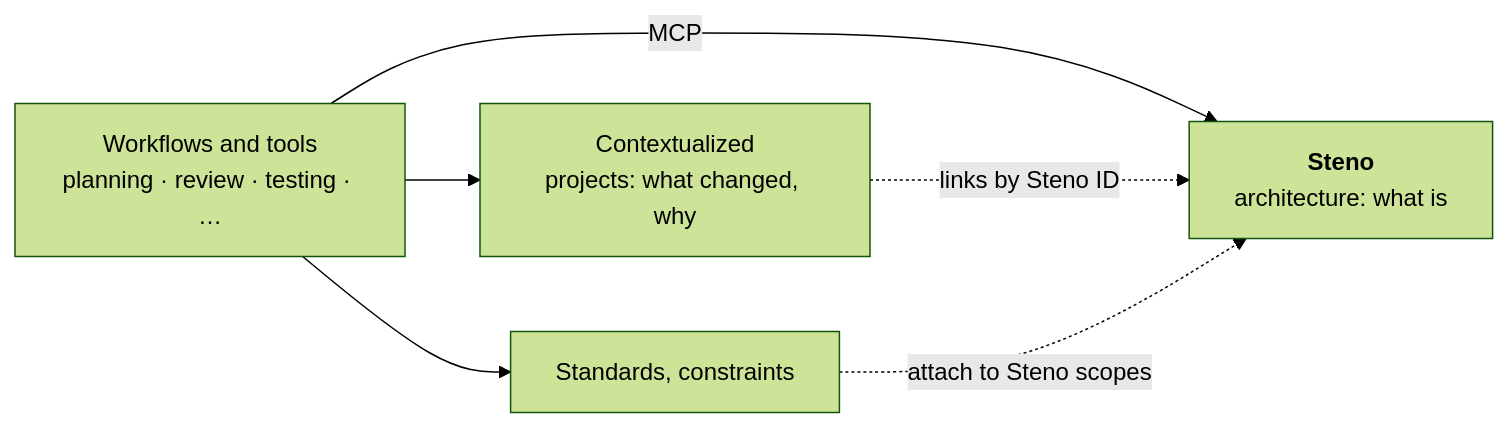
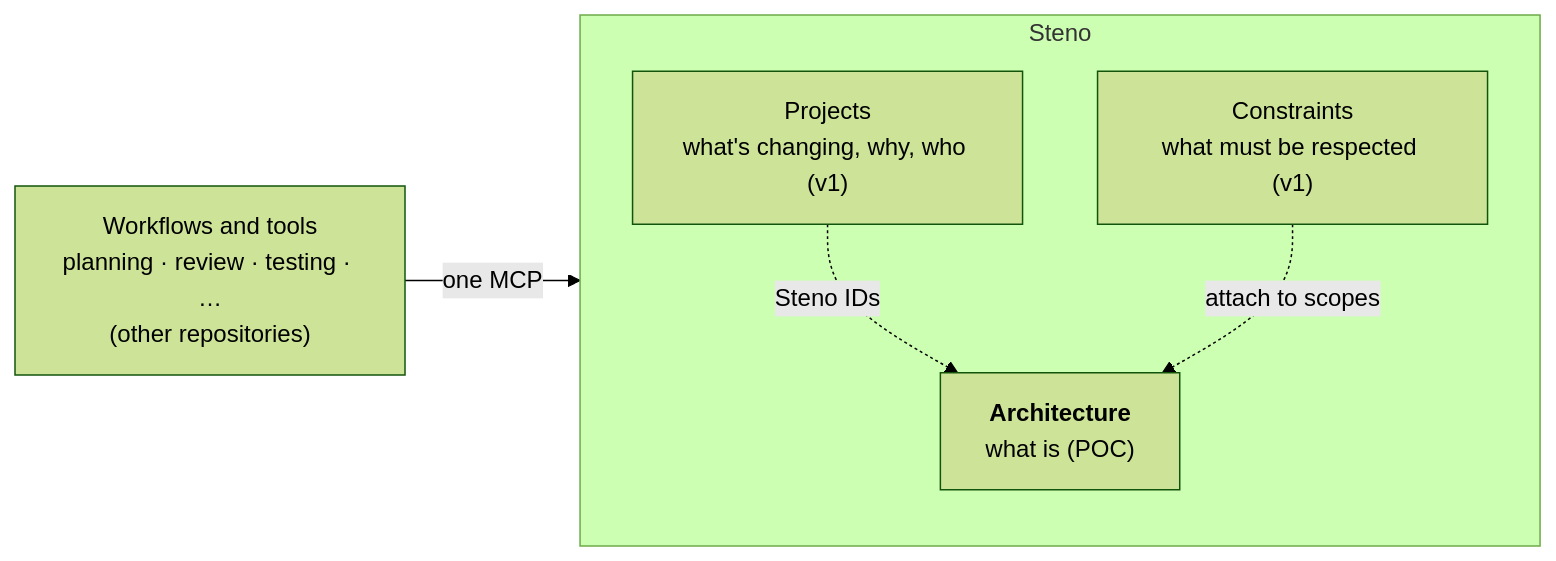
Before and after one commit to KBavis/steno: the diagram in docs/purpose/where-steno-fits.md, drawn with Mermaid (forest theme). The commit also changed other lines of this file and 17 other files, not shown here.

````diff
--- a/docs/purpose/where-steno-fits.md
+++ b/docs/purpose/where-steno-fits.md
@@ -15,11 +15,12 @@
 ```mermaid
 flowchart LR
-    ST["<b>Steno</b><br/>architecture: what is"]
-    CX["Contextualized<br/>projects: what changed, why"]
-    OT["Standards, constraints"]
-    WF["Workflows and tools<br/>planning · review · testing · …"]
-    WF -- "MCP" --> ST
-    WF --> CX & OT
-    CX -. "links by Steno ID" .-> ST
-    OT -. "attach to Steno scopes" .-> ST
+    WF["Workflows and tools<br/>planning · review · testing · …<br/>(other repositories)"] -- "one MCP" --> ST
+    subgraph ST["Steno"]
+      direction TB
+      A["<b>Architecture</b><br/>what is (POC)"]
+      P["Projects<br/>what's changing, why, who (v1)"]
+      C["Constraints<br/>what must be respected (v1)"]
+      P -. "Steno IDs" .-> A
+      C -. "attach to scopes" .-> A
+    end
 ```
````
